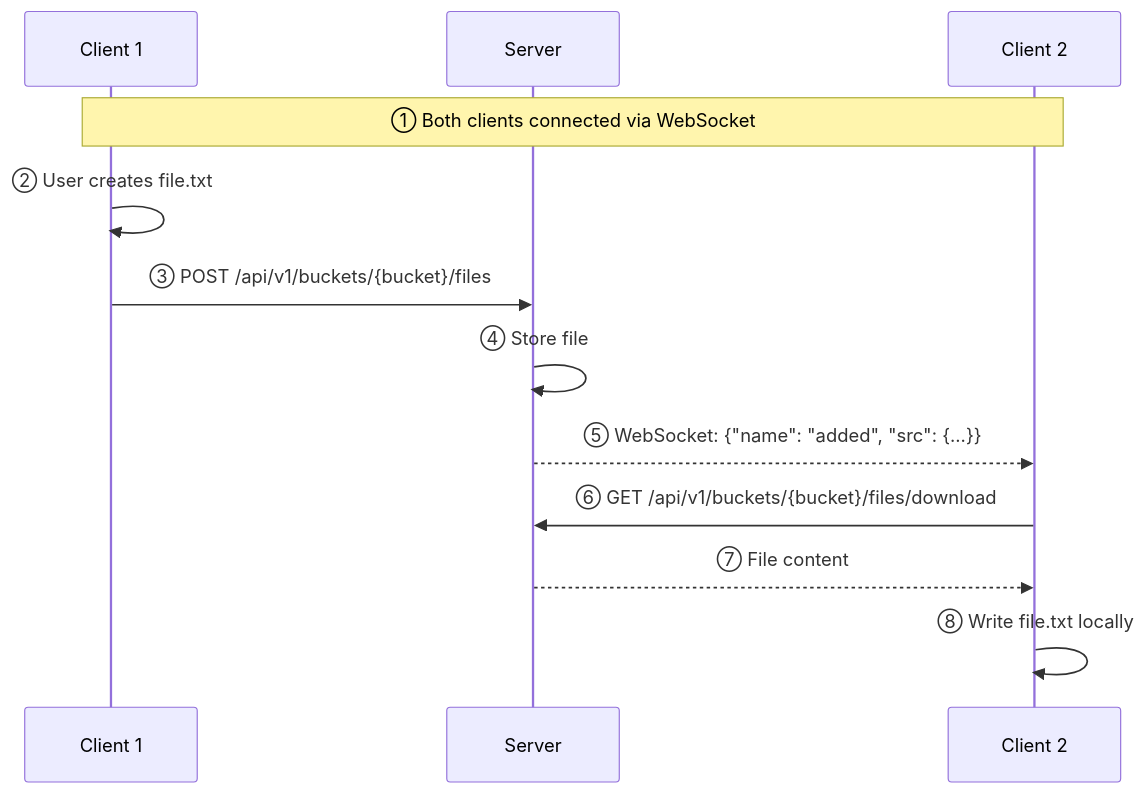
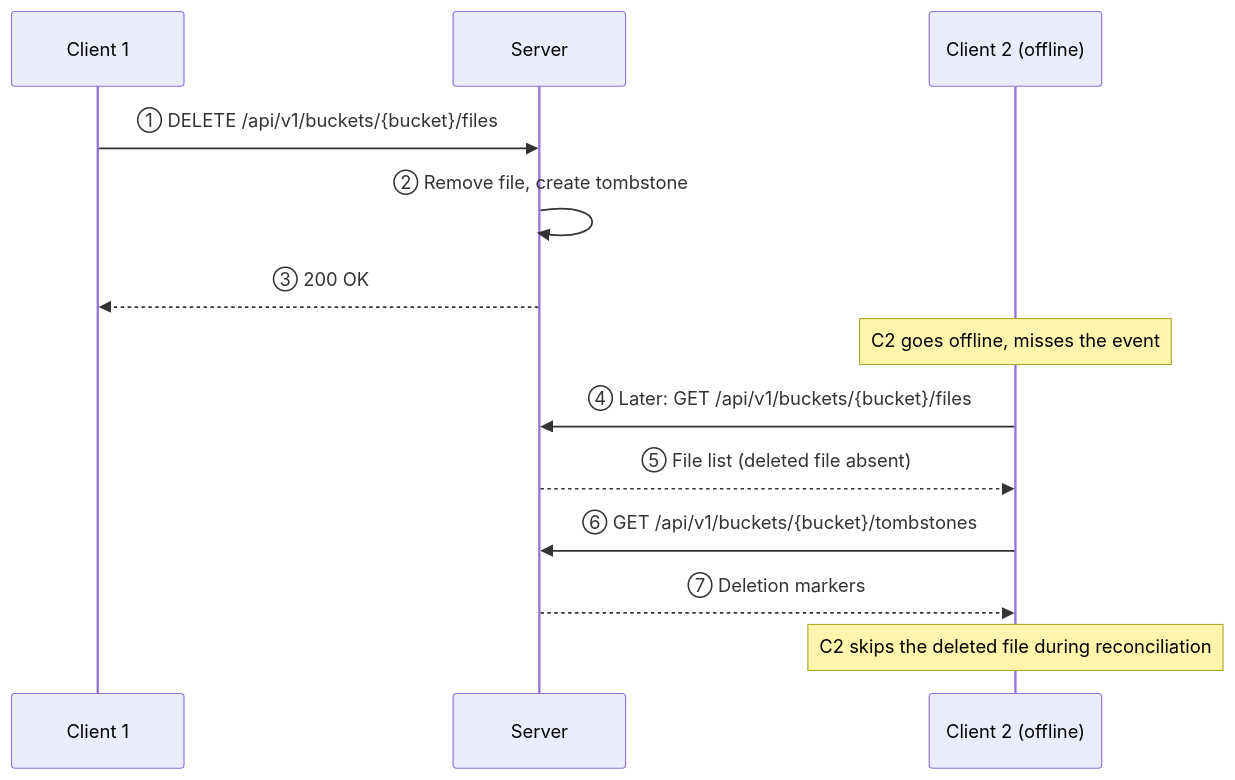
One commit to albertsdk/hsync-server changed the fifth of 6 diagrams in docs/sync-flow.md. Above: the diagram before and after it, drawn with Mermaid. The commit also changed other lines of this file and 4 other files, not shown here.

Commit message:
docs: update sync-flow, README, API, architecture, and FAQ

````diff
--- a/docs/sync-flow.md
+++ b/docs/sync-flow.md
@@ -79,16 +127,18 @@
 ```mermaid
 sequenceDiagram
     participant C1 as Client 1
     participant S as Server
-    participant C2 as Client 2
+    participant C2 as Client 2 (offline)
 
-    Note over C1,C2: ① Both clients connected via WebSocket
+    C1->>S: ① DELETE /api/v1/buckets/{bucket}/files
+    S->>S: ② Remove file, create tombstone
+    S-->>C1: ③ 200 OK
 
-    C1->>C1: ② User creates file.txt
-    C1->>S: ③ POST /api/v1/buckets/{bucket}/files
-    S->>S: ④ Store file
-    S-->>C2: ⑤ WebSocket: {"name": "added", "src": {...}}
-    C2->>S: ⑥ GET /api/v1/buckets/{bucket}/files/download
-    S-->>C2: ⑦ File content
-    C2->>C2: ⑧ Write file.txt locally
+    Note over C2: C2 goes offline, misses the event
+
+    C2->>S: ④ Later: GET /api/v1/buckets/{bucket}/files
+    S-->>C2: ⑤ File list (deleted file absent)
+    C2->>S: ⑥ GET /api/v1/buckets/{bucket}/tombstones
+    S-->>C2: ⑦ Deletion markers
+    Note over C2: C2 skips the deleted file during reconciliation
 ```
````
